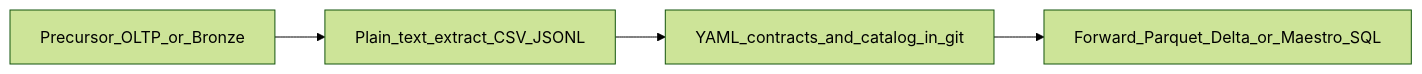
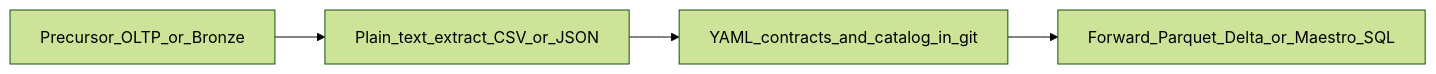
Before and after one commit to Ambient-Team/ambient-core: the first of 2 diagrams in docs/governed-data.md, drawn with Mermaid (forest theme). The commit also changed other lines of this file and 9 other files, not shown here.

````diff
--- a/docs/governed-data.md
+++ b/docs/governed-data.md
@@ -15,8 +15,8 @@
 ```mermaid
 flowchart LR
   precursor[Precursor_OLTP_or_Bronze]
-  extract[Plain_text_extract_CSV_JSONL]
+  extract[Plain_text_extract_CSV_or_JSON]
   yaml[YAML_contracts_and_catalog_in_git]
   forward[Forward_Parquet_Delta_or_Maestro_SQL]
   precursor --> extract --> yaml --> forward
 ```
````
